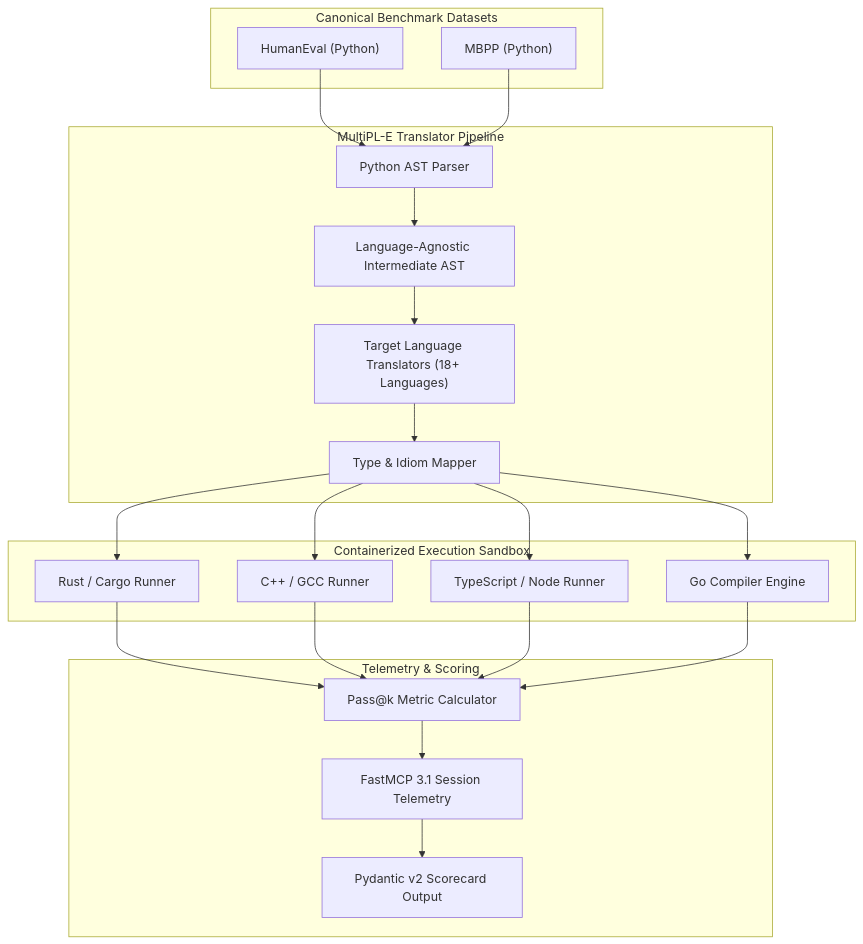
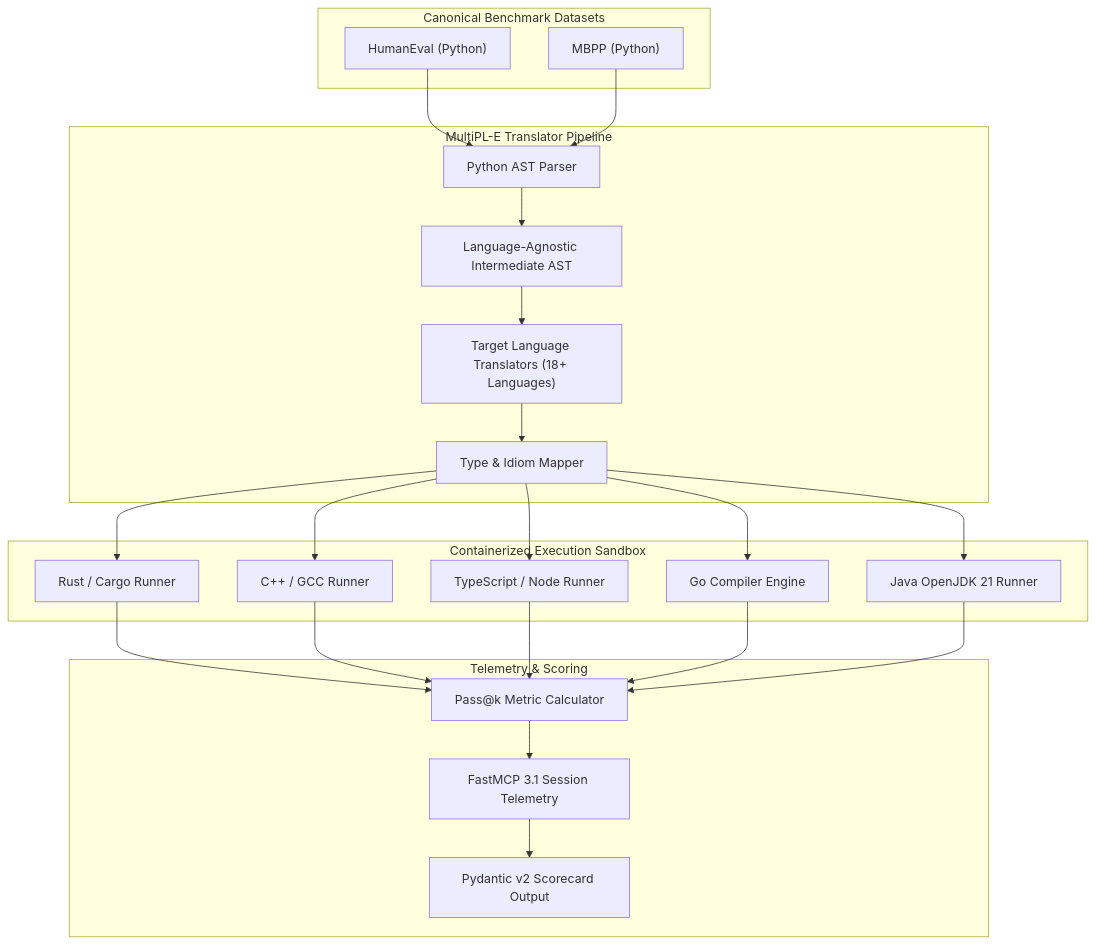
Before and after one commit to joanmarcriera/Home-office-automations: the diagram in docs/tools/benchmarking/multipl-e.md, drawn with Mermaid. The commit also changed other lines of this file and 5 other files, not shown here.

````diff
--- a/docs/tools/benchmarking/multipl-e.md
+++ b/docs/tools/benchmarking/multipl-e.md
@@ -8,37 +8,38 @@
 ```mermaid
 flowchart TD
     subgraph Canonical ["Canonical Benchmark Datasets"]
         HE["HumanEval (Python)"]
         MB["MBPP (Python)"]
     end
 
     subgraph Translation ["MultiPL-E Translator Pipeline"]
         AST["Python AST Parser"]
         IR["Language-Agnostic Intermediate AST"]
         Trans["Target Language Translators (18+ Languages)"]
         TypeMap["Type & Idiom Mapper"]
     end
 
     subgraph Execution ["Containerized Execution Sandbox"]
         RUST["Rust / Cargo Runner"]
         CPP["C++ / GCC Runner"]
         TS["TypeScript / Node Runner"]
         GO["Go Compiler Engine"]
+        JVM["Java OpenJDK 21 Runner"]
     end
 
     subgraph Evaluation ["Telemetry & Scoring"]
         PassK["Pass@k Metric Calculator"]
         Telemetry["FastMCP 3.1 Session Telemetry"]
         Summary["Pydantic v2 Scorecard Output"]
     end
 
     HE --> AST
     MB --> AST
     AST --> IR
     IR --> Trans
     Trans --> TypeMap
-    TypeMap --> RUST & CPP & TS & GO
-    RUST & CPP & TS & GO --> PassK
+    TypeMap --> RUST & CPP & TS & GO & JVM
+    RUST & CPP & TS & GO & JVM --> PassK
     PassK --> Telemetry
     Telemetry --> Summary
 ```
````
